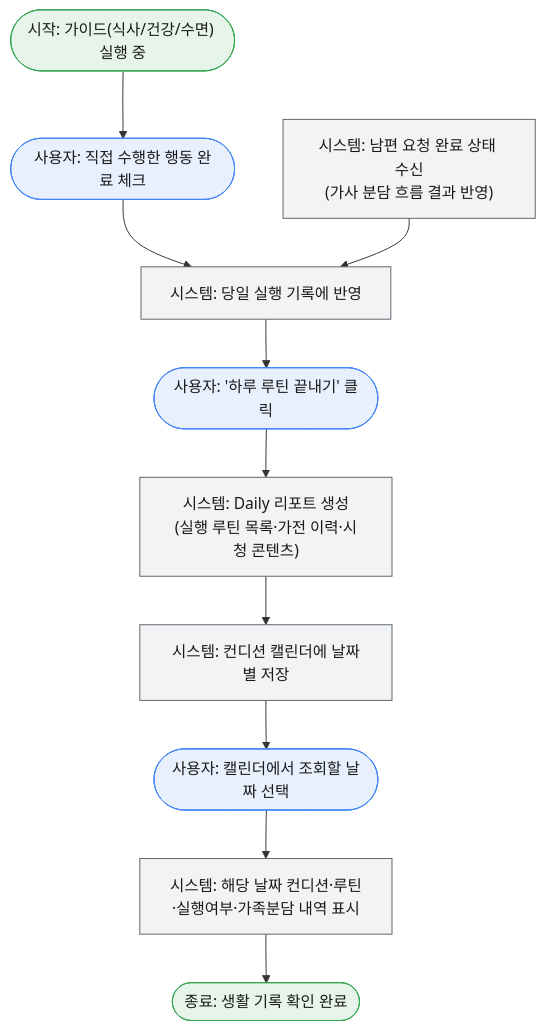
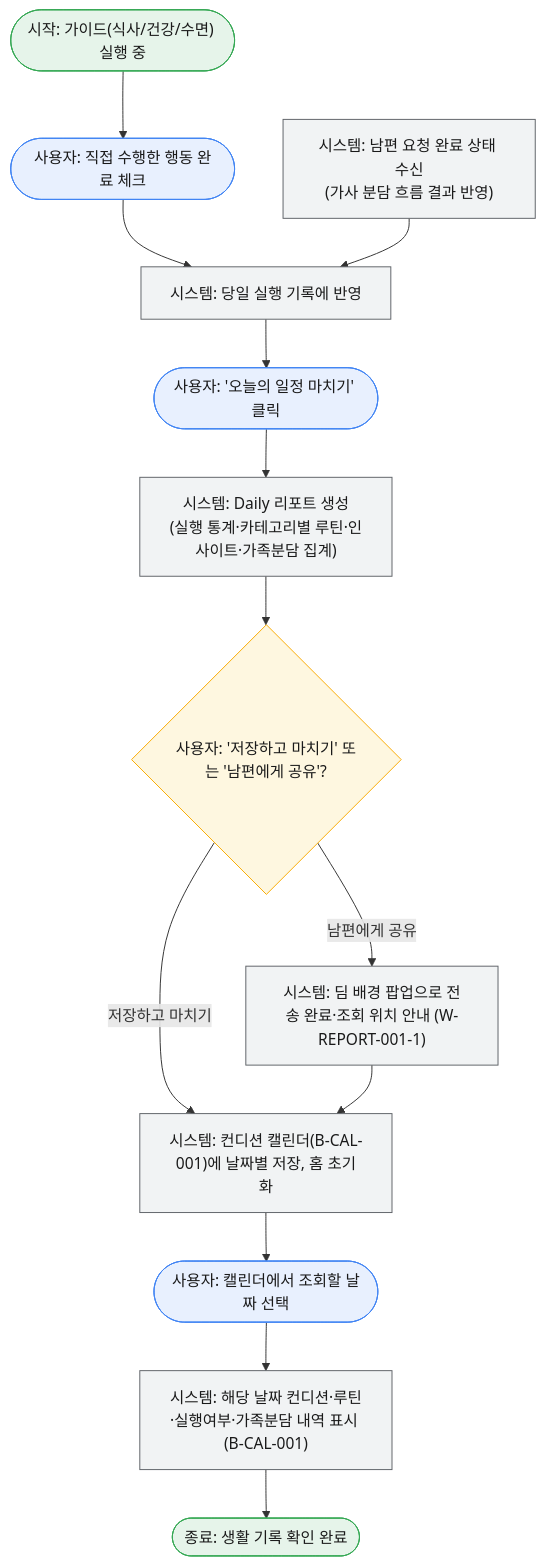
One commit to lgdxDORAEMI/PLM changed the diagram in docs/서비스흐름도/05_루틴실행기록및리포트.mmd. Above: the diagram before and after it, drawn with Mermaid. The commit also changed 11 other files, not shown here.

```diff
--- a/docs/서비스흐름도/05_루틴실행기록및리포트.mmd
+++ b/docs/서비스흐름도/05_루틴실행기록및리포트.mmd
@@ -1,18 +1,22 @@
 %% 서비스 흐름도: 루틴 실행 기록 & Daily 리포트/캘린더
-%% 관련 기능: W-HEALTH-002, W-RECORD-001, W-RECORD-002, W-REPORT-001, W-CAL-001 / 관련 UC: UC6, UC7
+%% 관련 기능: W-HEALTH-002, W-RECORD-001, W-RECORD-002, W-REPORT-001, W-REPORT-001-1, B-CAL-001 / 관련 UC: UC6, UC7
 flowchart TD
     classDef user fill:#E8F0FE,stroke:#4285F4,color:#1a1a1a;
     classDef system fill:#F1F3F4,stroke:#5f6368,color:#1a1a1a;
+    classDef decision fill:#FEF7E0,stroke:#F9AB00,color:#1a1a1a;
     classDef terminal fill:#E6F4EA,stroke:#34A853,color:#1a1a1a;
 
     Start(["시작: 가이드(식사/건강/수면) 실행 중"]):::terminal --> A(["사용자: 직접 수행한 행동 완료 체크"]):::user
     A --> B["시스템: 당일 실행 기록에 반영"]:::system
 
     C["시스템: 남편 요청 완료 상태 수신<br/>(가사 분담 흐름 결과 반영)"]:::system --> B
 
-    B --> D(["사용자: '하루 루틴 끝내기' 클릭"]):::user
-    D --> E["시스템: Daily 리포트 생성<br/>(실행 루틴 목록·가전 이력·시청 콘텐츠)"]:::system
-    E --> F["시스템: 컨디션 캘린더에 날짜별 저장"]:::system
+    B --> D(["사용자: '오늘의 일정 마치기' 클릭"]):::user
+    D --> E["시스템: Daily 리포트 생성<br/>(실행 통계·카테고리별 루틴·인사이트·가족분담 집계)"]:::system
+    E --> Share{"사용자: '저장하고 마치기' 또는 '남편에게 공유'?"}:::decision
+    Share -- 저장하고 마치기 --> F["시스템: 컨디션 캘린더(B-CAL-001)에 날짜별 저장, 홈 초기화"]:::system
+    Share -- 남편에게 공유 --> Pop["시스템: 딤 배경 팝업으로 전송 완료·조회 위치 안내 (W-REPORT-001-1)"]:::system
+    Pop --> F
     F --> G(["사용자: 캘린더에서 조회할 날짜 선택"]):::user
-    G --> H["시스템: 해당 날짜 컨디션·루틴·실행여부·가족분담 내역 표시"]:::system
+    G --> H["시스템: 해당 날짜 컨디션·루틴·실행여부·가족분담 내역 표시 (B-CAL-001)"]:::system
     H --> End(["종료: 생활 기록 확인 완료"]):::terminal
```
